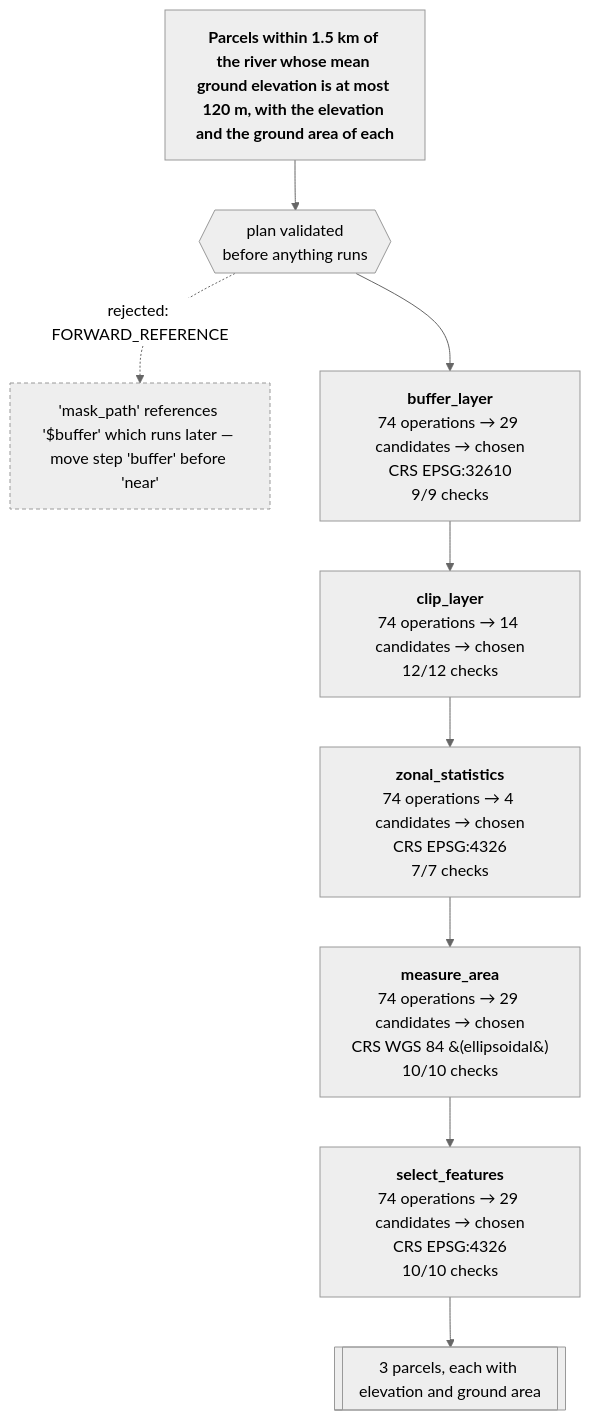
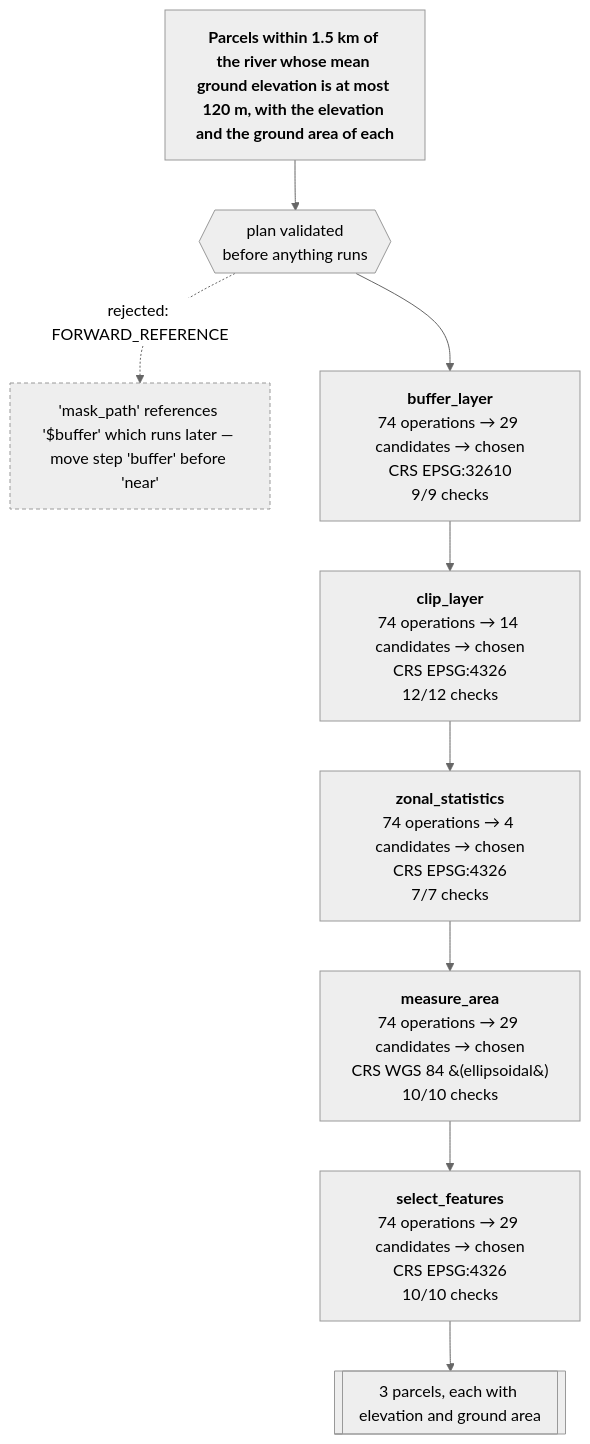
Before and after one commit to mapsmith-ai/MapSmith: the diagram in README.md, drawn with Mermaid (neutral theme). The commit also changed other lines of this file and 7 other files, not shown here.

````diff
--- a/README.md
+++ b/README.md
@@ -592,20 +592,20 @@
 ```mermaid
 flowchart TB
   ASK["<b>Parcels within 1.5 km of the river whose mean ground elevation is at most 120 m, with the elevation and the ground area of each</b>"]
   ASK --> PLAN{{"plan validated<br/>before anything runs"}}
   PLAN -. "rejected: FORWARD_REFERENCE" .-> BAD["'mask_path' references '$buffer' which runs later — move step 'buffer' before 'near'"]
   BAD:::bad
   BUFFER["<b>buffer_layer</b><br/>74 operations &rarr; 29 candidates &rarr; chosen<br/>CRS EPSG:32610<br/>9/9 checks"]
   PLAN --> BUFFER
-  NEAR["<b>clip_layer</b><br/>74 operations &rarr; 14 candidates &rarr; chosen<br/>12/12 checks"]
+  NEAR["<b>clip_layer</b><br/>74 operations &rarr; 14 candidates &rarr; chosen<br/>CRS EPSG:4326<br/>12/12 checks"]
   BUFFER --> NEAR
   HEIGHT["<b>zonal_statistics</b><br/>74 operations &rarr; 4 candidates &rarr; chosen<br/>CRS EPSG:4326<br/>7/7 checks"]
   NEAR --> HEIGHT
   AREA["<b>measure_area</b><br/>74 operations &rarr; 29 candidates &rarr; chosen<br/>CRS WGS 84 &#40;ellipsoidal&#41;<br/>10/10 checks"]
   HEIGHT --> AREA
   FILTER["<b>select_features</b><br/>74 operations &rarr; 29 candidates &rarr; chosen<br/>CRS EPSG:4326<br/>10/10 checks"]
   AREA --> FILTER
   OUT[["3 parcels, each with elevation and ground area"]]
   FILTER --> OUT
   classDef bad stroke-dasharray: 4 3
 ```
````
